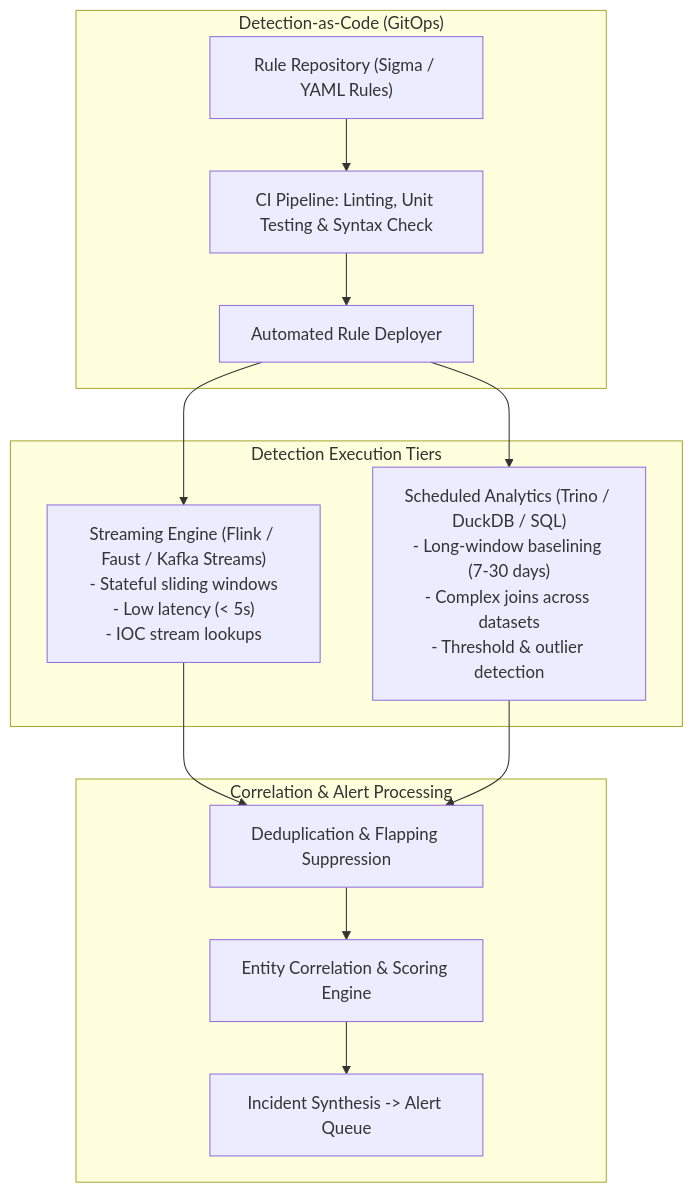
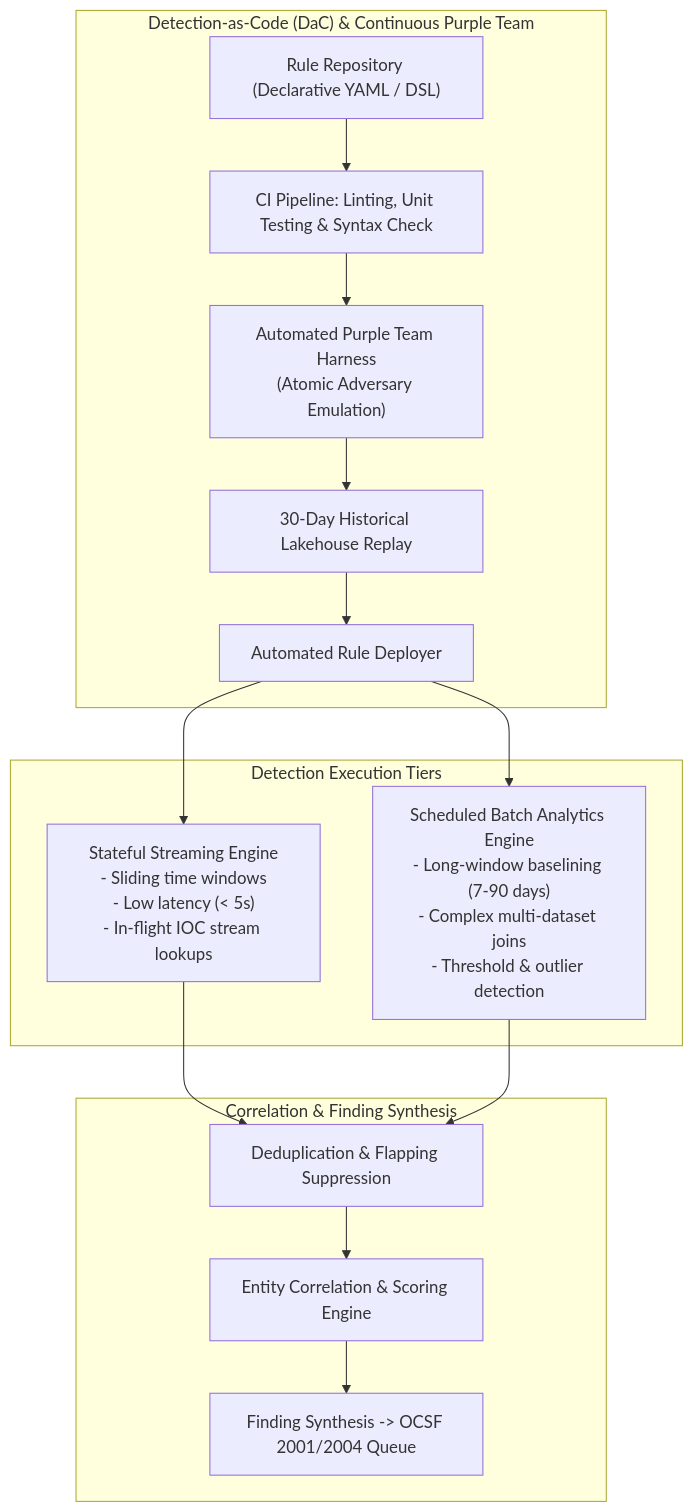
Before and after one commit to Haribu/TIDIR: the diagram in docs/architecture/components/03-detection-engine.md, drawn with Mermaid. The commit also changed other lines of this file and 34 other files, not shown here.

````diff
--- a/docs/architecture/components/03-detection-engine.md
+++ b/docs/architecture/components/03-detection-engine.md
@@ -7,29 +7,33 @@
 ```mermaid
 flowchart TD
-  subgraph DaCPipeline ["Detection-as-Code (GitOps)"]
-    GIT["Rule Repository (Sigma / YAML Rules)"]
+  subgraph DaCPipeline ["Detection-as-Code (DaC) & Continuous Purple Team"]
+    GIT["Rule Repository (Declarative YAML / DSL)"]
     CI["CI Pipeline: Linting, Unit Testing & Syntax Check"]
+    PURPLE["Automated Purple Team Harness\n(Atomic Adversary Emulation)"]
+    BACKTEST["30-Day Historical Lakehouse Replay"]
     DEPLOY["Automated Rule Deployer"]
   end
 
   subgraph EngineTiers ["Detection Execution Tiers"]
-    STREAM_RULES["Streaming Engine (Flink / Faust / Kafka Streams)\n- Stateful sliding windows\n- Low latency (< 5s)\n- IOC stream lookups"]
-    BATCH_RULES["Scheduled Analytics (Trino / DuckDB / SQL)\n- Long-window baselining (7-30 days)\n- Complex joins across datasets\n- Threshold & outlier detection"]
+    STREAM_RULES["Stateful Streaming Engine\n- Sliding time windows\n- Low latency (< 5s)\n- In-flight IOC stream lookups"]
+    BATCH_RULES["Scheduled Batch Analytics Engine\n- Long-window baselining (7-90 days)\n- Complex multi-dataset joins\n- Threshold & outlier detection"]
   end
 
-  subgraph AlertPipeline ["Correlation & Alert Processing"]
+  subgraph AlertPipeline ["Correlation & Finding Synthesis"]
     DEDUP["Deduplication & Flapping Suppression"]
     CORR["Entity Correlation & Scoring Engine"]
-    INCIDENT["Incident Synthesis -> Alert Queue"]
+    INCIDENT["Finding Synthesis -> OCSF 2001/2004 Queue"]
   end
 
   GIT --> CI
-  CI --> DEPLOY
+  CI --> PURPLE
+  PURPLE --> BACKTEST
+  BACKTEST --> DEPLOY
   DEPLOY --> STREAM_RULES
   DEPLOY --> BATCH_RULES
 
   STREAM_RULES --> DEDUP
   BATCH_RULES --> DEDUP
   DEDUP --> CORR
   CORR --> INCIDENT
 ```
````
